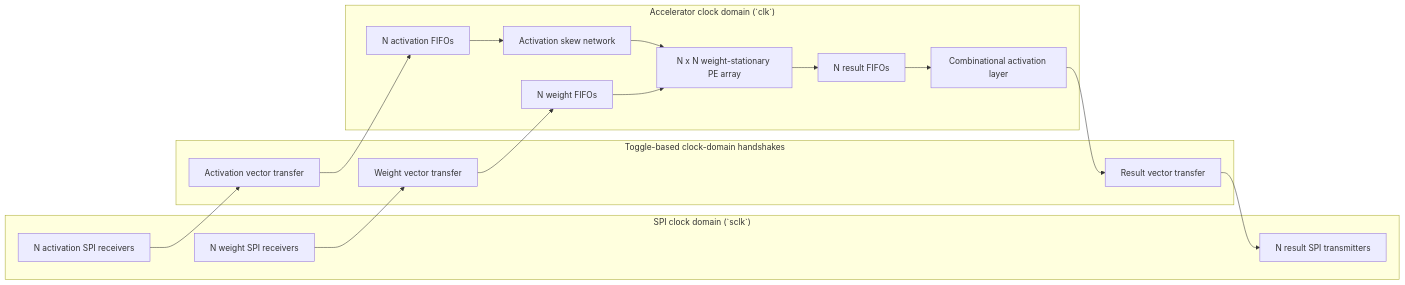
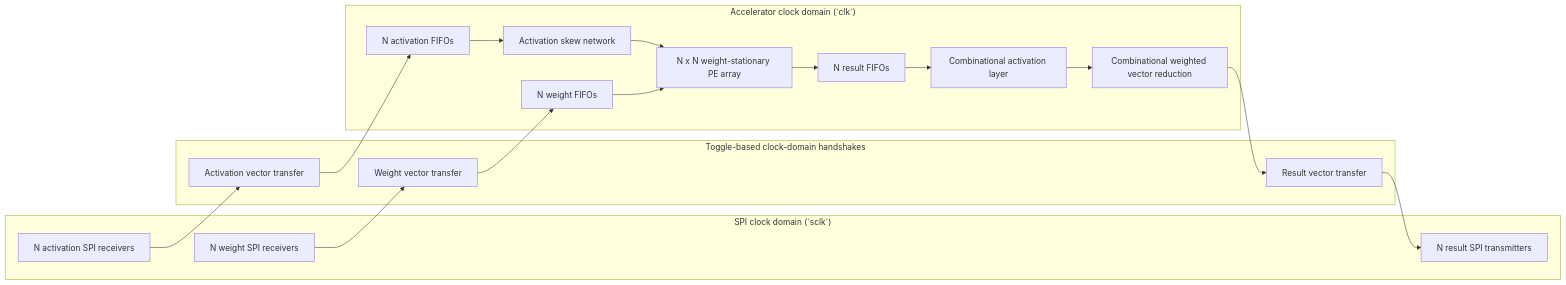
Before and after one commit to aHighHooman/NN-Acceleration: the first of 3 diagrams in README.md, drawn with Mermaid. The commit also changed other lines of this file, not shown here.

Commit message:
docs: describe weighted reduction pipeline

````diff
--- a/README.md
+++ b/README.md
@@ -7,27 +7,28 @@
 ```mermaid
 flowchart LR
     subgraph SPI["SPI clock domain (`sclk`)"]
         W_RX["N weight SPI receivers"]
         A_RX["N activation SPI receivers"]
         R_TX["N result SPI transmitters"]
     end
 
     subgraph CDC["Toggle-based clock-domain handshakes"]
         W_CDC["Weight vector transfer"]
         A_CDC["Activation vector transfer"]
         R_CDC["Result vector transfer"]
     end
 
     subgraph CORE["Accelerator clock domain (`clk`)"]
         W_FIFO["N weight FIFOs"]
         A_FIFO["N activation FIFOs"]
         SKEW["Activation skew network"]
         ARRAY["N x N weight-stationary PE array"]
         R_FIFO["N result FIFOs"]
         ACT["Combinational activation layer"]
+        REDUCE["Combinational weighted vector reduction"]
     end
 
     W_RX --> W_CDC --> W_FIFO --> ARRAY
     A_RX --> A_CDC --> A_FIFO --> SKEW --> ARRAY
-    ARRAY --> R_FIFO --> ACT --> R_CDC --> R_TX
+    ARRAY --> R_FIFO --> ACT --> REDUCE --> R_CDC --> R_TX
 ```
````
